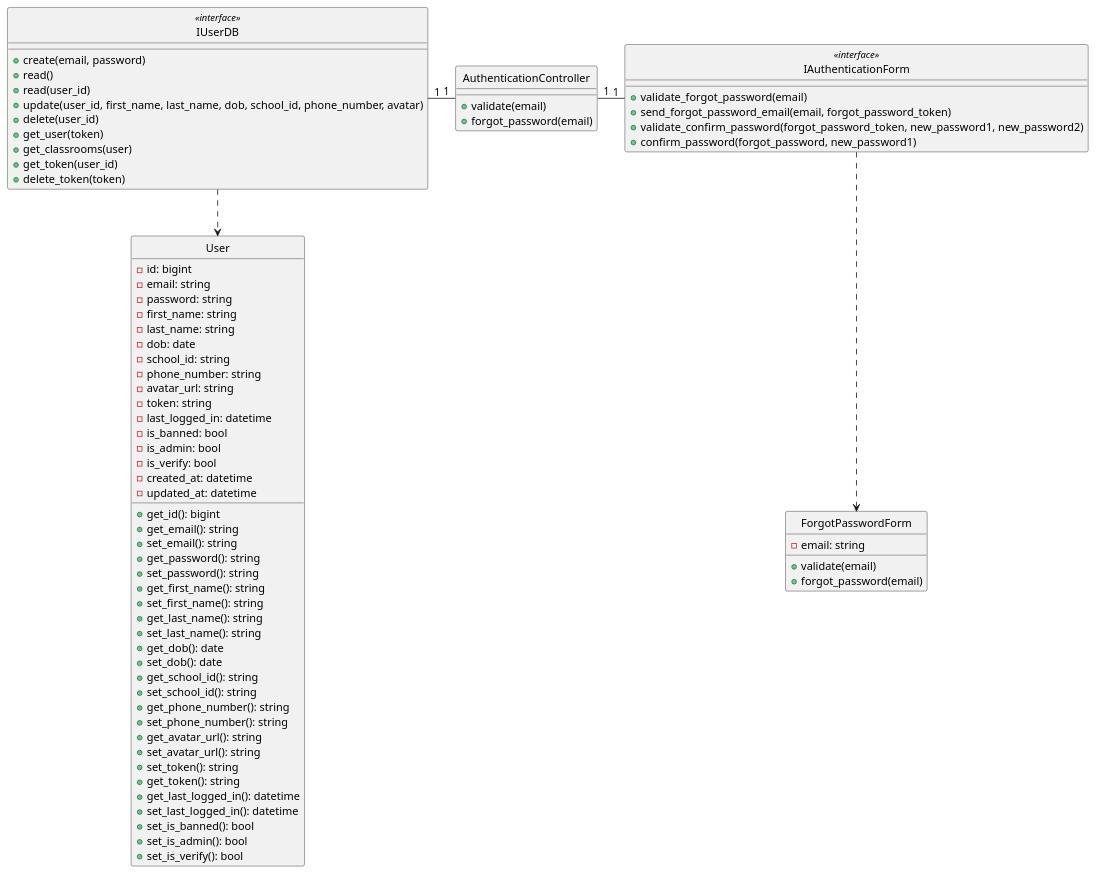
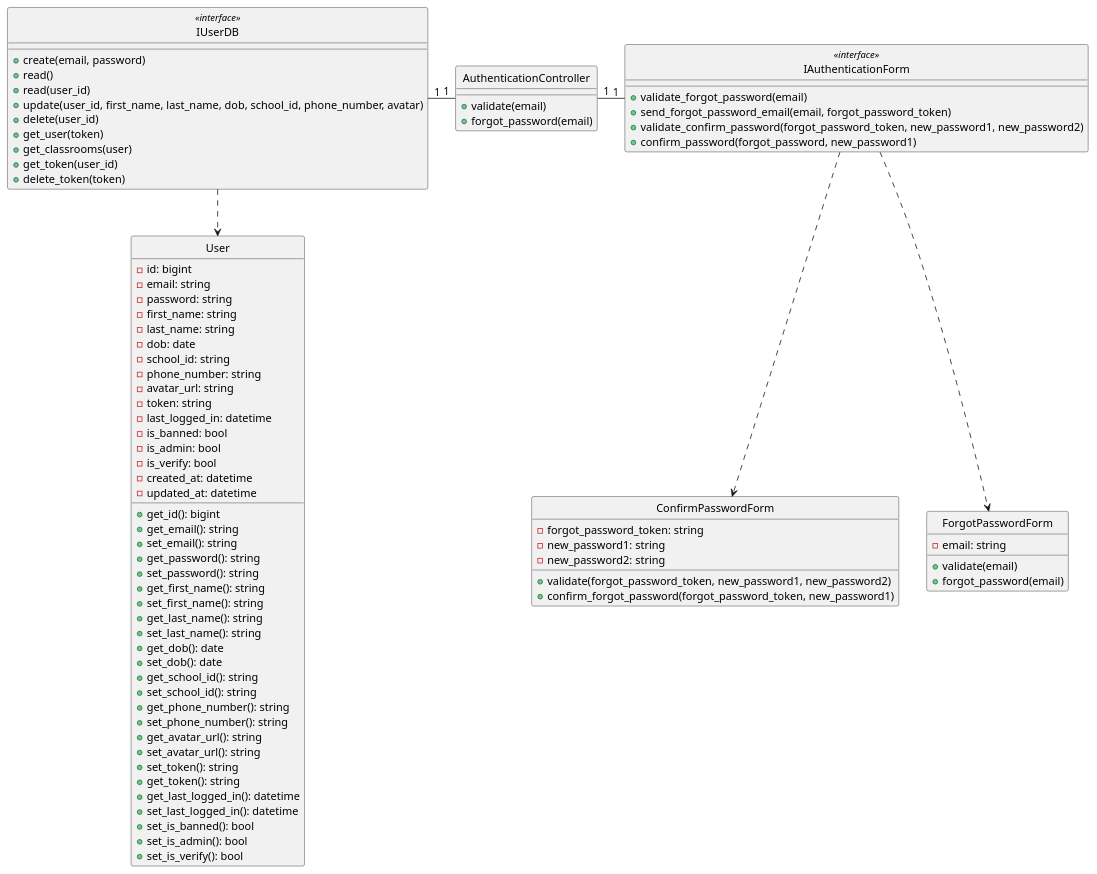
Before and after one commit to anonyhostvn/OOAD-Diagram: the diagram in class - design/authentication/forgotPassword.plantuml, drawn with PlantUML. The commit also changed 9 other files, not shown here.

Commit message:
authentication Class diagram update2

```diff
--- a/class - design/authentication/forgotPassword.plantuml
+++ b/class - design/authentication/forgotPassword.plantuml
@@ -1,89 +1,100 @@
 @startuml createClass
 
 class User {
     - id: bigint
     - email: string
     - password: string
     - first_name: string
     - last_name: string
     - dob: date
     - school_id: string
     - phone_number: string
     - avatar_url: string
     - token: string
     - last_logged_in: datetime
     - is_banned: bool
     - is_admin: bool
     - is_verify: bool
     - created_at: datetime
     - updated_at: datetime
 
     + get_id(): bigint
     + get_email(): string
     + set_email(): string
     + get_password(): string
     + set_password(): string
     + get_first_name(): string
     + set_first_name(): string
     + get_last_name(): string
     + set_last_name(): string
     + get_dob(): date
     + set_dob(): date
     + get_school_id(): string
     + set_school_id(): string
     + get_phone_number(): string
     + set_phone_number(): string
     + get_avatar_url(): string
     + set_avatar_url(): string
     + set_token(): string
     + get_token(): string
     + get_last_logged_in(): datetime
     + set_last_logged_in(): datetime
     + set_is_banned(): bool
     + set_is_admin(): bool
     + set_is_verify(): bool
 }
 
 class IUserDB <<interface>> {
     + create(email, password)
     + read()
     + read(user_id)
     + update(user_id, first_name, last_name, dob, school_id, phone_number, avatar)
     + delete(user_id)
     + get_user(token)
     + get_classrooms(user)
     + get_token(user_id)
     + delete_token(token)
 }
 
 class ForgotPasswordForm {
     - email: string
 
     + validate(email)
     + forgot_password(email)
 }
 
+class ConfirmPasswordForm {
+    - forgot_password_token: string
+    - new_password1: string
+    - new_password2: string
+
+    + validate(forgot_password_token, new_password1, new_password2)
+    + confirm_forgot_password(forgot_password_token, new_password1)
+}
+
 class IAuthenticationForm <<interface>> {
     + validate_forgot_password(email)
     + send_forgot_password_email(email, forgot_password_token)
     + validate_confirm_password(forgot_password_token, new_password1, new_password2)
     + confirm_password(forgot_password, new_password1)
 }
 
 class AuthenticationController {
     + validate(email)
     + forgot_password(email)
 }
 
 hide User circle
 hide IUserDB <<interface>> circle
 hide ForgotPasswordForm circle
+hide ConfirmPasswordForm circle
 hide IAuthenticationForm <<interface>> circle
 hide AuthenticationController circle
 
 IUserDB -down.> User
 IAuthenticationForm .down.> ForgotPasswordForm
+IAuthenticationForm .down.> ConfirmPasswordForm
 AuthenticationController "1"-left-"1" IUserDB
 IAuthenticationForm "1"-left-"1" AuthenticationController
 
 @enduml
```
